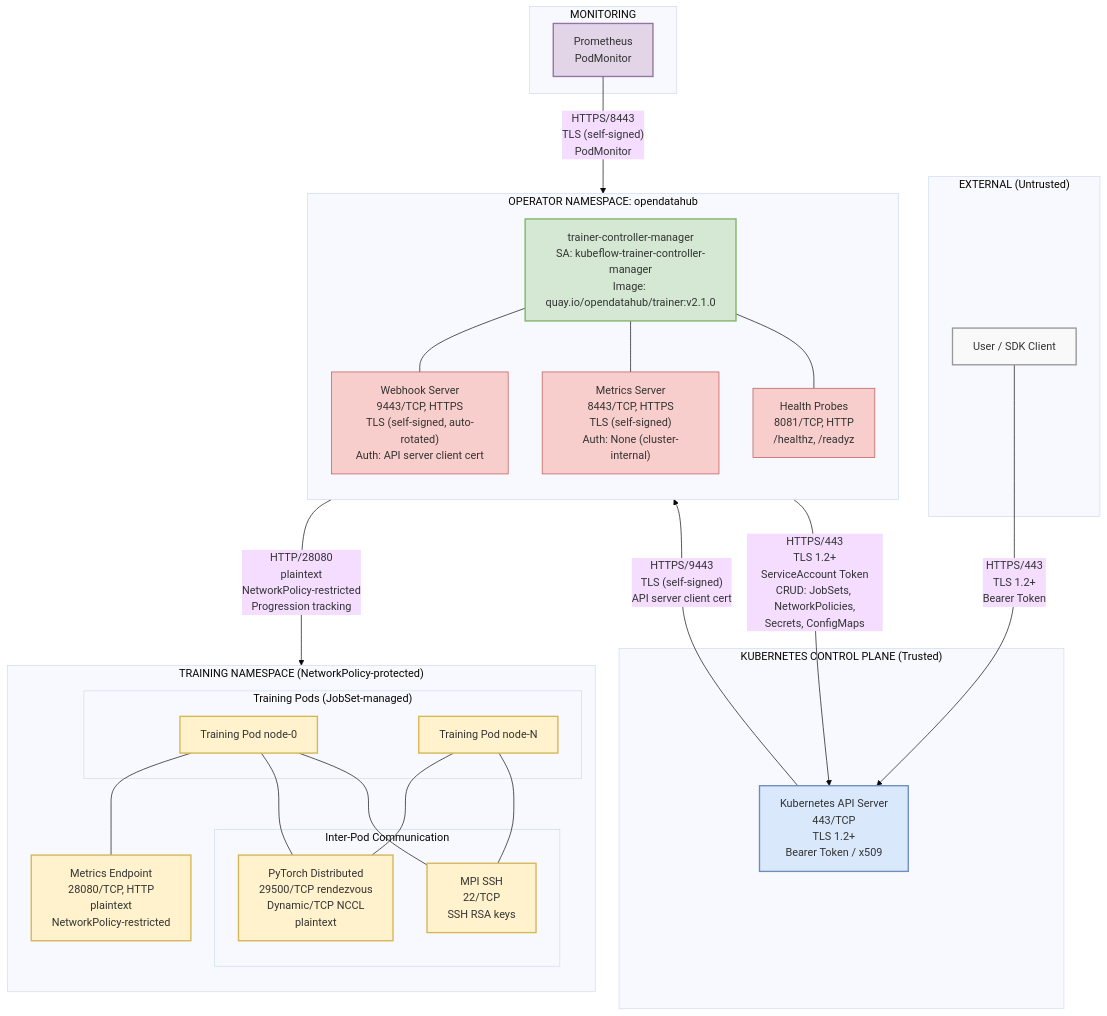
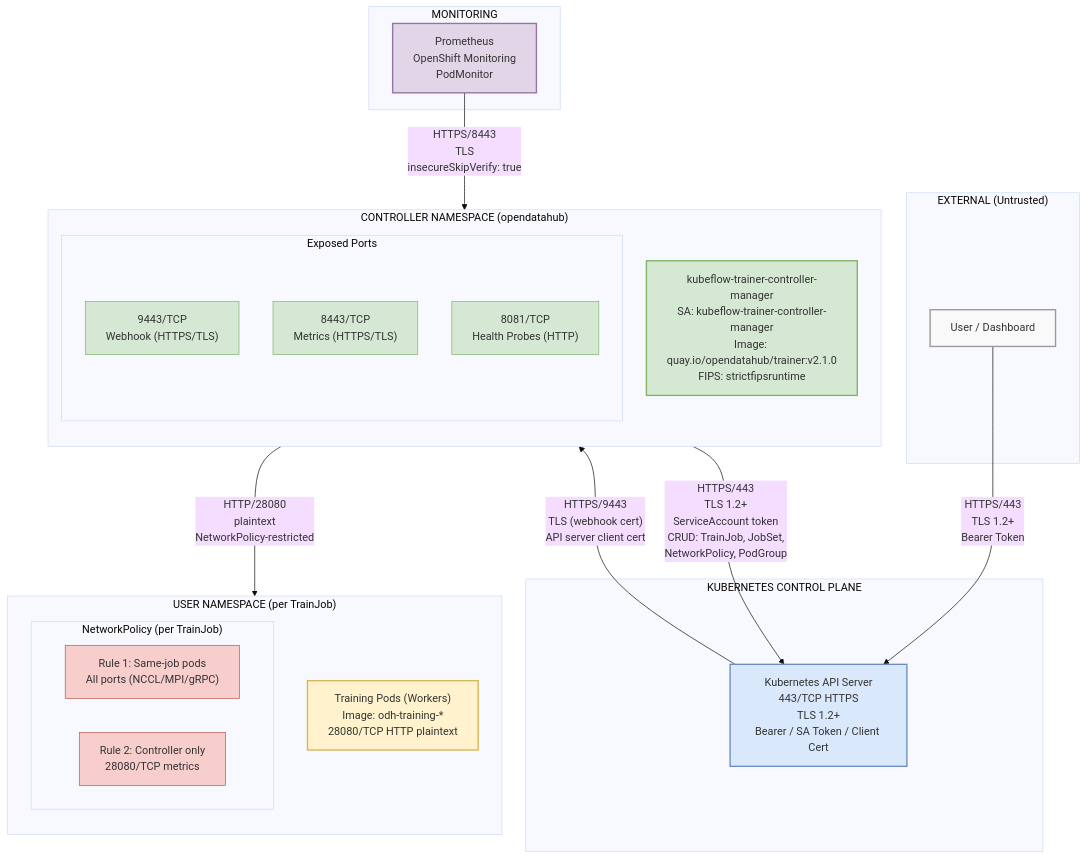
One commit to rhuss/architecture-context changed the diagram in architecture/rhoai-3.4-ea.1/diagrams/trainer-security-network.mmd. Above: the diagram before and after it, drawn with Mermaid (base theme). The commit also changed 656 other files, not shown here.

```diff
--- a/architecture/rhoai-3.4-ea.1/diagrams/trainer-security-network.mmd
+++ b/architecture/rhoai-3.4-ea.1/diagrams/trainer-security-network.mmd
@@ -1,83 +1,61 @@
-%% Security Network Diagram - Kubeflow Trainer
+%% Trainer Security Network Diagram
 %% Generated by: Claude Opus 4.6
 %% Source: architecture/rhoai-3.4-ea.1/trainer.md
 
 graph TB
     subgraph External["EXTERNAL (Untrusted)"]
-        User["User / SDK Client"]
+        User["User / Dashboard"]
     end
 
-    subgraph ControlPlane["KUBERNETES CONTROL PLANE (Trusted)"]
-        K8sAPI["Kubernetes API Server<br/>443/TCP<br/>TLS 1.2+<br/>Bearer Token / x509"]
+    subgraph K8sControl["KUBERNETES CONTROL PLANE"]
+        APIServer["Kubernetes API Server<br/>443/TCP HTTPS<br/>TLS 1.2+<br/>Bearer / SA Token / Client Cert"]
     end
 
-    subgraph OperatorNS["OPERATOR NAMESPACE: opendatahub"]
+    subgraph ControllerNS["CONTROLLER NAMESPACE (opendatahub)"]
         direction TB
-        Controller["trainer-controller-manager<br/>SA: kubeflow-trainer-controller-manager<br/>Image: quay.io/opendatahub/trainer:v2.1.0"]
+        Controller["kubeflow-trainer-controller-manager<br/>SA: kubeflow-trainer-controller-manager<br/>Image: quay.io/opendatahub/trainer:v2.1.0<br/>FIPS: strictfipsruntime"]
 
-        WebhookEP["Webhook Server<br/>9443/TCP, HTTPS<br/>TLS (self-signed, auto-rotated)<br/>Auth: API server client cert"]
-
-        MetricsEP["Metrics Server<br/>8443/TCP, HTTPS<br/>TLS (self-signed)<br/>Auth: None (cluster-internal)"]
-
-        HealthEP["Health Probes<br/>8081/TCP, HTTP<br/>/healthz, /readyz"]
-
-        Controller --- WebhookEP
-        Controller --- MetricsEP
-        Controller --- HealthEP
+        subgraph ControllerPorts["Exposed Ports"]
+            WebhookPort["9443/TCP<br/>Webhook (HTTPS/TLS)"]
+            MetricsPort["8443/TCP<br/>Metrics (HTTPS/TLS)"]
+            HealthPort["8081/TCP<br/>Health Probes (HTTP)"]
+        end
     end
 
-    subgraph TrainingNS["TRAINING NAMESPACE (NetworkPolicy-protected)"]
+    subgraph UserNS["USER NAMESPACE (per TrainJob)"]
         direction TB
+        TrainingPods["Training Pods (Workers)<br/>Image: odh-training-*<br/>28080/TCP HTTP plaintext"]
 
-        subgraph TrainingPods["Training Pods (JobSet-managed)"]
-            Pod0["Training Pod node-0"]
-            PodN["Training Pod node-N"]
+        subgraph NetPol["NetworkPolicy (per TrainJob)"]
+            Rule1["Rule 1: Same-job pods<br/>All ports (NCCL/MPI/gRPC)"]
+            Rule2["Rule 2: Controller only<br/>28080/TCP metrics"]
         end
-
-        TrainingMetrics["Metrics Endpoint<br/>28080/TCP, HTTP<br/>plaintext<br/>NetworkPolicy-restricted"]
-
-        subgraph InterPod["Inter-Pod Communication"]
-            PyTorch["PyTorch Distributed<br/>29500/TCP rendezvous<br/>Dynamic/TCP NCCL<br/>plaintext"]
-            MPI["MPI SSH<br/>22/TCP<br/>SSH RSA keys"]
-        end
-
-        Pod0 --- TrainingMetrics
-        Pod0 --- PyTorch
-        Pod0 --- MPI
-        PodN --- PyTorch
-        PodN --- MPI
     end
 
     subgraph Monitoring["MONITORING"]
-        Prometheus["Prometheus<br/>PodMonitor"]
+        Prometheus["Prometheus<br/>OpenShift Monitoring<br/>PodMonitor"]
     end
 
-    %% External flows
-    User -->|"HTTPS/443<br/>TLS 1.2+<br/>Bearer Token"| K8sAPI
-
-    %% Control plane to operator
-    K8sAPI -->|"HTTPS/9443<br/>TLS (self-signed)<br/>API server client cert"| WebhookEP
-
-    %% Operator to control plane
-    Controller -->|"HTTPS/443<br/>TLS 1.2+<br/>ServiceAccount Token<br/>CRUD: JobSets, NetworkPolicies,<br/>Secrets, ConfigMaps"| K8sAPI
-
-    %% Operator to training pods
-    Controller -->|"HTTP/28080<br/>plaintext<br/>NetworkPolicy-restricted<br/>Progression tracking"| TrainingMetrics
-
-    %% Monitoring
-    Prometheus -->|"HTTPS/8443<br/>TLS (self-signed)<br/>PodMonitor"| MetricsEP
+    %% Flows
+    User -->|"HTTPS/443<br/>TLS 1.2+<br/>Bearer Token"| APIServer
+    APIServer -->|"HTTPS/9443<br/>TLS (webhook cert)<br/>API server client cert"| WebhookPort
+    Controller -->|"HTTPS/443<br/>TLS 1.2+<br/>ServiceAccount token<br/>CRUD: TrainJob, JobSet,<br/>NetworkPolicy, PodGroup"| APIServer
+    Controller -->|"HTTP/28080<br/>plaintext<br/>NetworkPolicy-restricted"| TrainingPods
+    Prometheus -->|"HTTPS/8443<br/>TLS<br/>insecureSkipVerify: true"| MetricsPort
 
     %% Styling
     classDef external fill:#f9f9f9,stroke:#999,stroke-width:2px
     classDef controlplane fill:#dae8fc,stroke:#6c8ebf,stroke-width:2px
-    classDef operator fill:#d5e8d4,stroke:#82b366,stroke-width:2px
-    classDef training fill:#fff2cc,stroke:#d6b656,stroke-width:2px
+    classDef controller fill:#d5e8d4,stroke:#82b366,stroke-width:2px
+    classDef userns fill:#fff2cc,stroke:#d6b656,stroke-width:2px
     classDef monitoring fill:#e1d5e7,stroke:#9673a6,stroke-width:2px
-    classDef endpoint fill:#f8cecc,stroke:#b85450,stroke-width:1px
+    classDef netpol fill:#f8cecc,stroke:#b85450,stroke-width:1px
+    classDef port fill:#d5e8d4,stroke:#82b366,stroke-width:1px
 
     class User external
-    class K8sAPI controlplane
-    class Controller operator
-    class WebhookEP,MetricsEP,HealthEP endpoint
-    class Pod0,PodN,TrainingMetrics,PyTorch,MPI training
+    class APIServer controlplane
+    class Controller controller
+    class WebhookPort,MetricsPort,HealthPort port
+    class TrainingPods userns
+    class Rule1,Rule2 netpol
     class Prometheus monitoring
```
